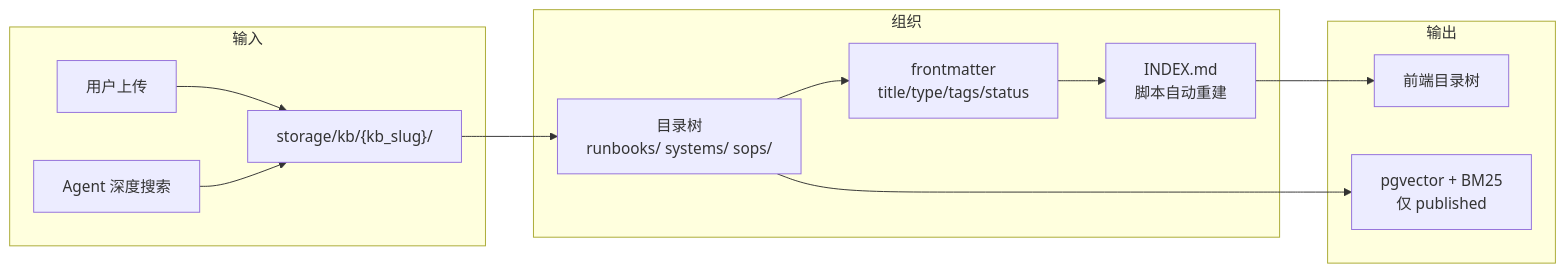
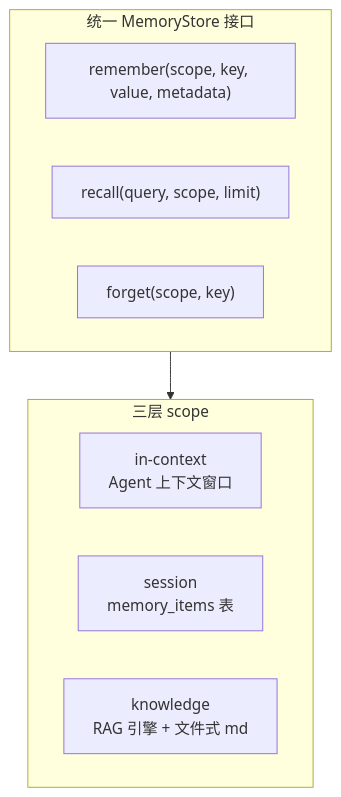
Before and after one commit to int2t05/Cognik: the seventh of 10 diagrams in docs/ROADMAP.md, drawn with Mermaid. The commit also changed other lines of this file, not shown here.

First line of the commit message:
docs(roadmap): 统一记忆系统 — 记忆+RAG+知识库统一为 Memory as a Tool

````diff
--- a/docs/ROADMAP.md
+++ b/docs/ROADMAP.md
@@ -401,16 +421,14 @@
 ```mermaid
-flowchart LR
-    subgraph 输入["输入"]
-        UP["用户上传"] --> STORE["storage/kb/{kb_slug}/"]
-        AG["Agent 深度搜索"] --> STORE
+flowchart TB
+    subgraph 接口["统一 MemoryStore 接口"]
+        REM["remember(scope, key, value, metadata)"]
+        REC["recall(query, scope, limit)"]
+        FOR["forget(scope, key)"]
     end
-    subgraph 组织["组织"]
-        STORE --> TREE["目录树<br/>runbooks/ systems/ sops/"]
-        TREE --> FM["frontmatter<br/>title/type/tags/status"]
-        FM --> IDX["INDEX.md<br/>脚本自动重建"]
+    subgraph 三层["三层 scope"]
+        CTX["in-context<br/>Agent 上下文窗口"]
+        SES["session<br/>memory_items 表"]
+        KNOW["knowledge<br/>RAG 引擎 + 文件式 md"]
     end
-    subgraph 输出["输出"]
-        IDX --> UI["前端目录树"]
-        TREE --> RAG["pgvector + BM25<br/>仅 published"]
-    end
+    接口 --> 三层
 ```
````
